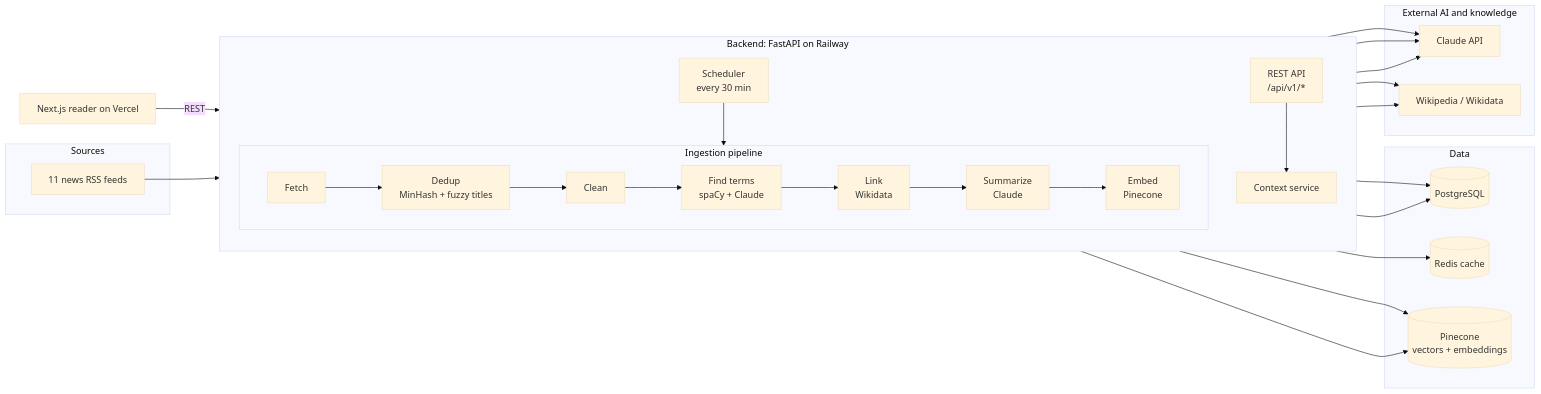
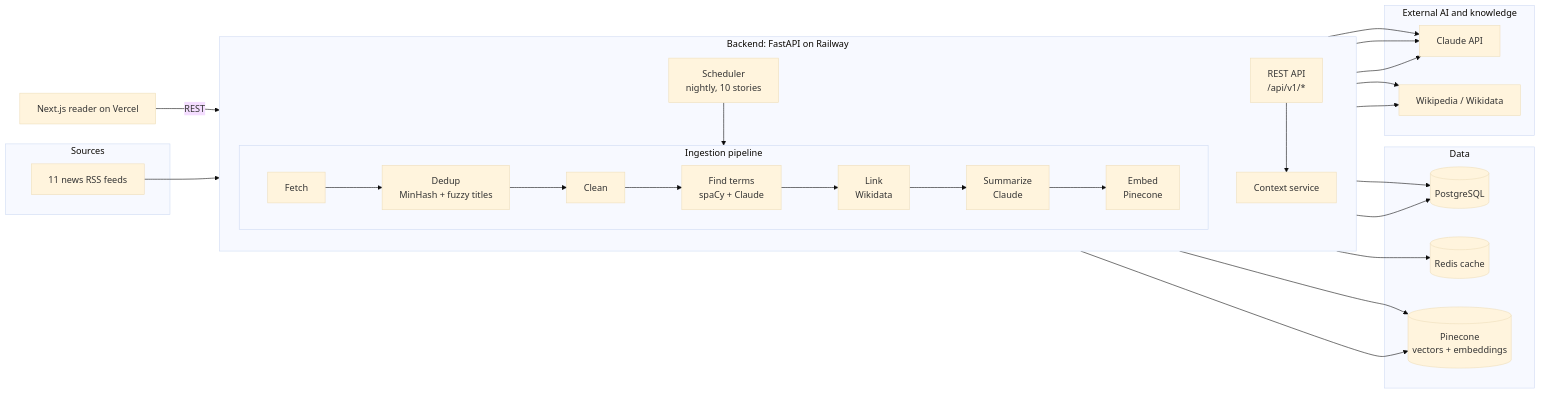
Before and after one commit to juyal-devashish/Sama4: the diagram in README.md, drawn with Mermaid (base theme). The commit also changed other lines of this file and 7 other files, not shown here.

````diff
--- a/README.md
+++ b/README.md
@@ -38,37 +38,37 @@
 ```mermaid
 flowchart LR
     subgraph Sources
         RSS[11 news RSS feeds]
     end
 
     subgraph Backend["Backend: FastAPI on Railway"]
         direction TB
-        SCHED[Scheduler<br/>every 30 min] --> PIPE
+        SCHED[Scheduler<br/>nightly, 10 stories] --> PIPE
         subgraph PIPE[Ingestion pipeline]
             direction LR
             F[Fetch] --> D[Dedup<br/>MinHash + fuzzy titles] --> C[Clean] --> N[Find terms<br/>spaCy + Claude] --> L[Link<br/>Wikidata] --> S[Summarize<br/>Claude] --> E[Embed<br/>Pinecone]
         end
         API[REST API<br/>/api/v1/*] --> SVC[Context service]
     end
 
     subgraph Data
         PG[(PostgreSQL)]
         RD[(Redis cache)]
         PC[(Pinecone<br/>vectors + embeddings)]
     end
 
     subgraph AI["External AI and knowledge"]
         CL[Claude API]
         WK[Wikipedia / Wikidata]
     end
 
     WEB[Next.js reader on Vercel] -->|REST| API
     RSS --> F
     PIPE --> PG
     E --> PC
     SVC --> RD
     SVC --> PG
     SVC --> PC
     N & S & SVC --> CL
     L & SVC --> WK
 ```
````
